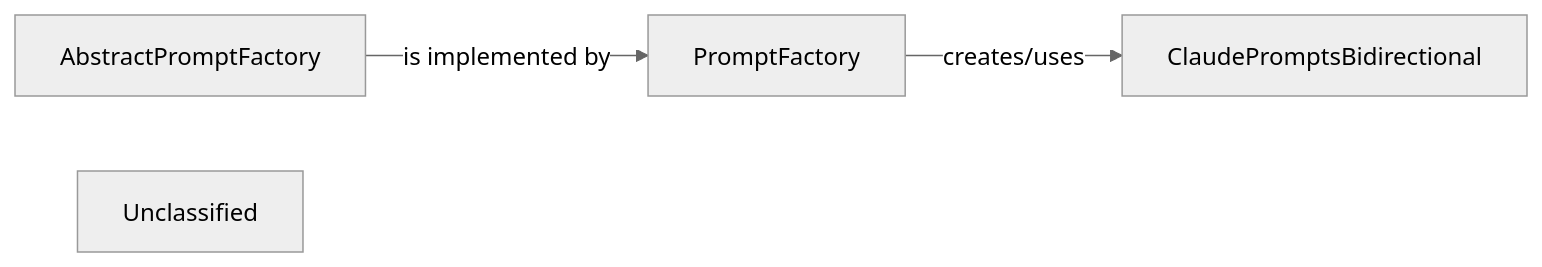
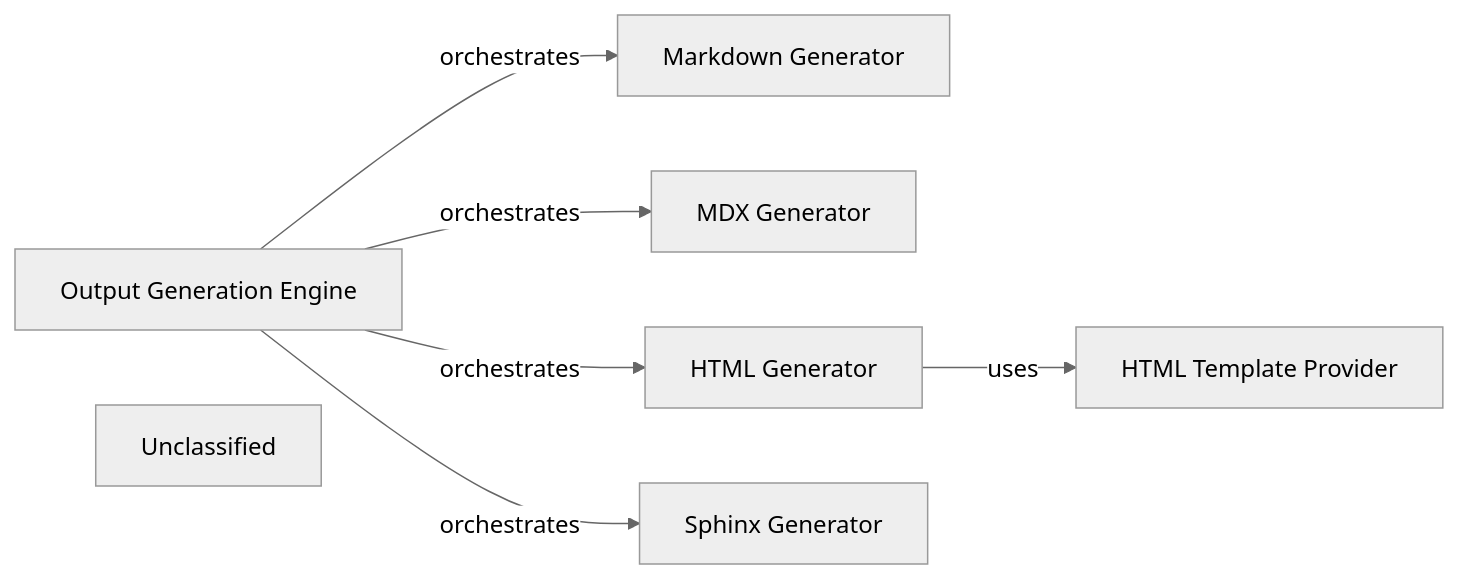
Before and after one commit to CodeBoarding/CodeBoarding: the fourth of 6 diagrams in docs/development/architecture.md, drawn with Mermaid (neutral theme). The commit also changed other lines of this file and 21 other files, not shown here.

First line of the commit message:
docs: update codeboarding documentation and generate architecture

````diff
--- a/docs/development/architecture.md
+++ b/docs/development/architecture.md
@@ -244,9 +173,16 @@
 ```mermaid
 graph LR
-    AbstractPromptFactory["AbstractPromptFactory"]
-    PromptFactory["PromptFactory"]
-    ClaudePromptsBidirectional["ClaudePromptsBidirectional"]
+    Output_Generation_Engine["Output Generation Engine"]
+    Markdown_Generator["Markdown Generator"]
+    MDX_Generator["MDX Generator"]
+    HTML_Generator["HTML Generator"]
+    Sphinx_Generator["Sphinx Generator"]
+    HTML_Template_Provider["HTML Template Provider"]
     Unclassified["Unclassified"]
-    AbstractPromptFactory -- "is implemented by" --> PromptFactory
-    PromptFactory -- "creates/uses" --> ClaudePromptsBidirectional
+    Output_Generation_Engine -- "orchestrates" --> Markdown_Generator
+    Output_Generation_Engine -- "orchestrates" --> MDX_Generator
+    Output_Generation_Engine -- "orchestrates" --> HTML_Generator
+    Output_Generation_Engine -- "orchestrates" --> Sphinx_Generator
+    HTML_Generator -- "uses" --> HTML_Template_Provider
+    click Output_Generation_Engine href "https://github.com/CodeBoarding/CodeBoarding/blob/main/.codeboarding/Output_Generation_Engine.md" "Details"
 ```
````
